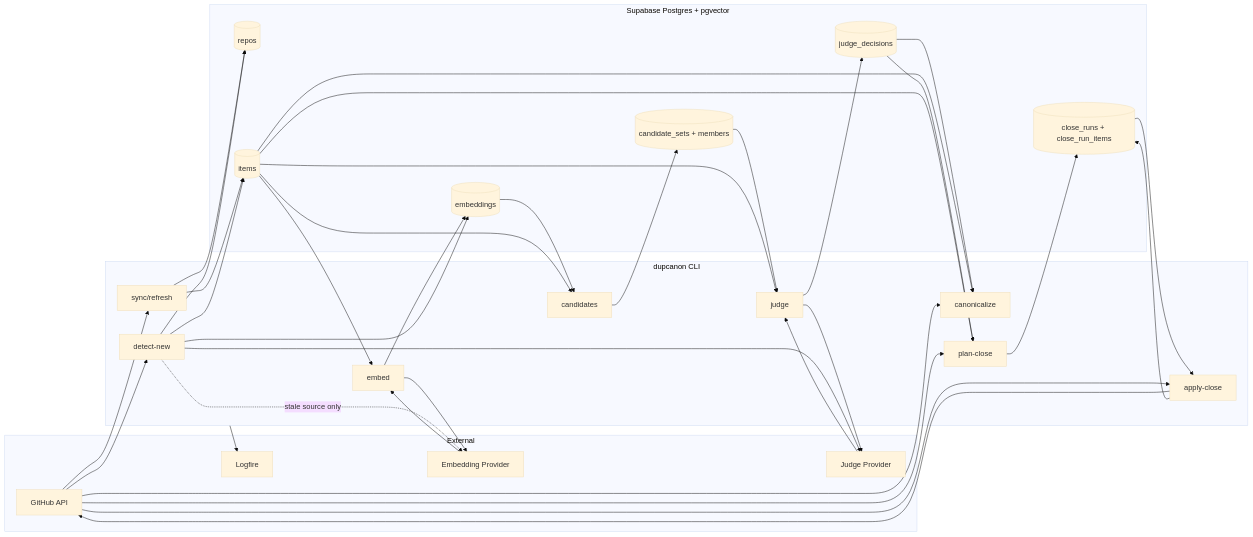
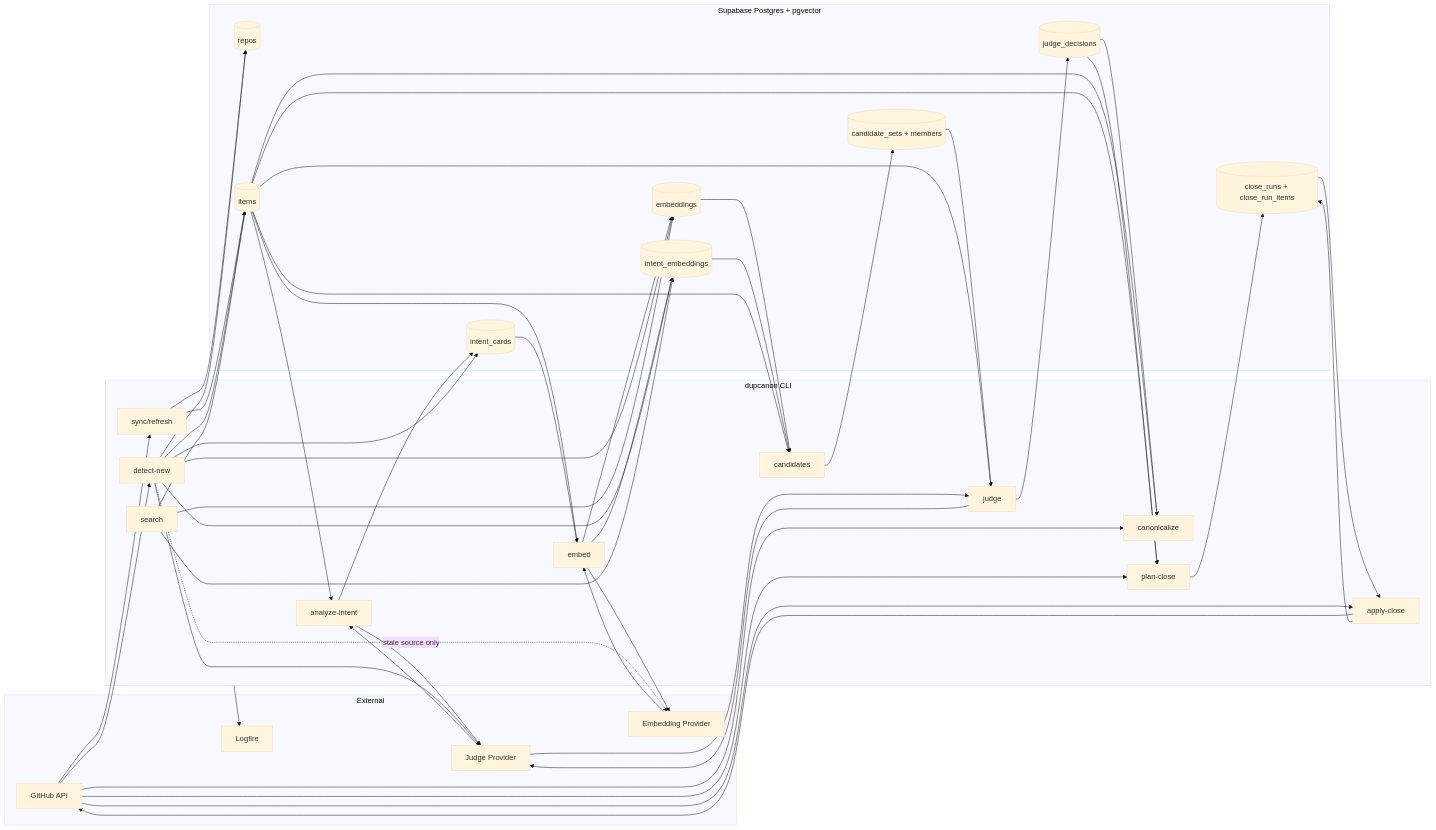
Before and after one commit to sebslight/dupcanon: the first of 6 diagrams in docs/architecture.mdx, drawn with Mermaid (base theme). The commit also changed other lines of this file and 20 other files, not shown here.

````diff
--- a/docs/architecture.mdx
+++ b/docs/architecture.mdx
@@ -24,65 +24,82 @@
 ```mermaid
 flowchart LR
   subgraph External
     GH[GitHub API]
     EP[Embedding Provider]
     JP[Judge Provider]
     LF[Logfire]
   end
 
   subgraph CLI[dupcanon CLI]
     SY[sync/refresh]
+    AI[analyze-intent]
     EM[embed]
     CA[candidates]
     JU[judge]
     CN[canonicalize]
     PL[plan-close]
     AP[apply-close]
     DN[detect-new]
+    SE[search]
   end
 
   subgraph DB[Supabase Postgres + pgvector]
     R[(repos)]
     I[(items)]
+    IC[(intent_cards)]
     E[(embeddings)]
+    IE[(intent_embeddings)]
     CS[(candidate_sets + members)]
     JD[(judge_decisions)]
     CR[(close_runs + close_run_items)]
   end
 
   GH --> SY
   SY --> R
   SY --> I
+  I --> AI
+  AI --> JP
+  JP --> AI
+  AI --> IC
   I --> EM
+  IC --> EM
   EM --> EP
   EP --> EM
   EM --> E
+  EM --> IE
   E --> CA
+  IE --> CA
   I --> CA
   CA --> CS
   CS --> JU
   I --> JU
   JU --> JP
   JP --> JU
   JU --> JD
   JD --> CN
   I --> CN
   GH --> CN
   JD --> PL
   I --> PL
   GH --> PL
   PL --> CR
   CR --> AP
   GH --> AP
   AP --> GH
   AP --> CR
 
   GH --> DN
   DN --> R
   DN --> I
+  DN --> IC
+  DN --> IE
   DN --> E
   DN -.->|stale source only| EP
   DN --> JP
 
+  SE --> I
+  SE --> E
+  SE --> IE
+
   CLI --> LF
 ```
````
